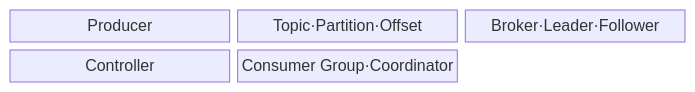
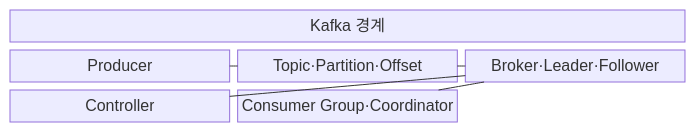
Before and after one commit to agnusdei1207/knowledge-base: the first of 2 diagrams in src/content/docs/notes/03-software/119_apache_kafka.md, drawn with Mermaid. The commit also changed other lines of this file and 20 other files, not shown here.

````diff
--- a/src/content/docs/notes/03-software/119_apache_kafka.md
+++ b/src/content/docs/notes/03-software/119_apache_kafka.md
@@ -61,9 +62,14 @@
 ```mermaid
-block-beta
+block
   columns 3
+  A["Kafka 경계"]:3
   P["Producer"]
   T["Topic·Partition·Offset"]
   B["Broker·Leader·Follower"]
   C["Controller"]
   G["Consumer Group·Coordinator"]
+  P --- T
+  T --- B
+  B --- C
+  B --- G
 ```
````
